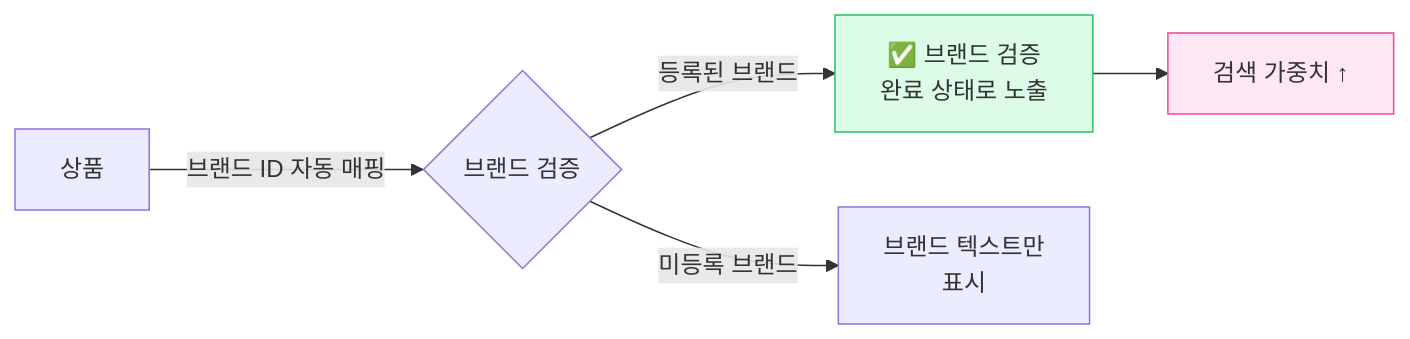
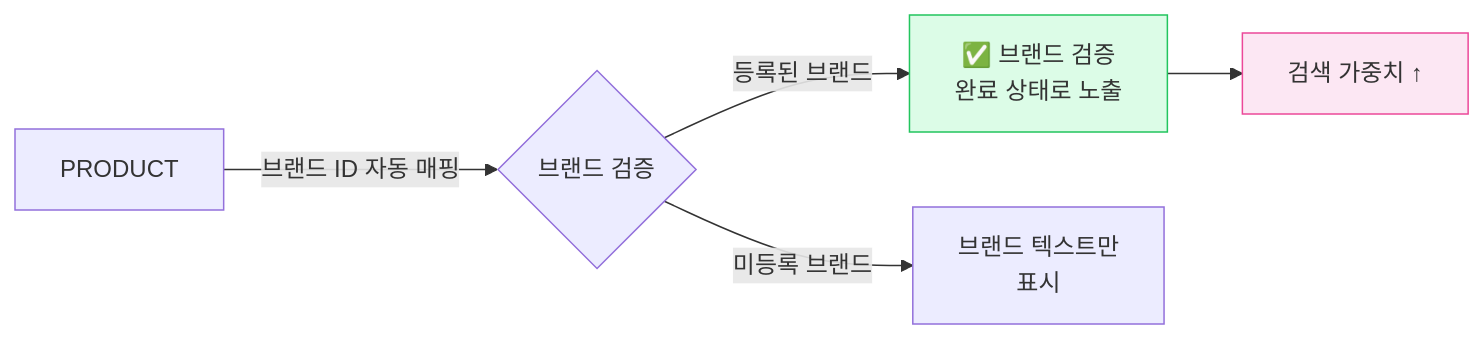
One commit to cksdud5785-design/lonit-manual changed the sixth of 8 diagrams in docs/04-market-strategy/smartstore.md. Above: the diagram before and after it, drawn with Mermaid. The commit also changed other lines of this file and 17 other files, not shown here.

First line of the commit message:
fix: mermaid 한국어 ID → ASCII + 더망고 → T사 일괄 변경

````diff
--- a/docs/04-market-strategy/smartstore.md
+++ b/docs/04-market-strategy/smartstore.md
@@ -190,11 +190,11 @@
 ```mermaid
 flowchart LR
-    상품 -->|브랜드 ID 자동 매핑| Brand{브랜드 검증}
+    PRODUCT -->|브랜드 ID 자동 매핑| Brand{브랜드 검증}
     Brand -->|등록된 브랜드| Verified[✅ 브랜드 검증<br>완료 상태로 노출]
     Brand -->|미등록 브랜드| Direct[브랜드 텍스트만<br>표시]
     
     Verified --> Bonus[검색 가중치 ↑]
     
     style Verified fill:#dcfce7,stroke:#22c55e
     style Bonus fill:#fce7f3,stroke:#ec4899
 ```
````
